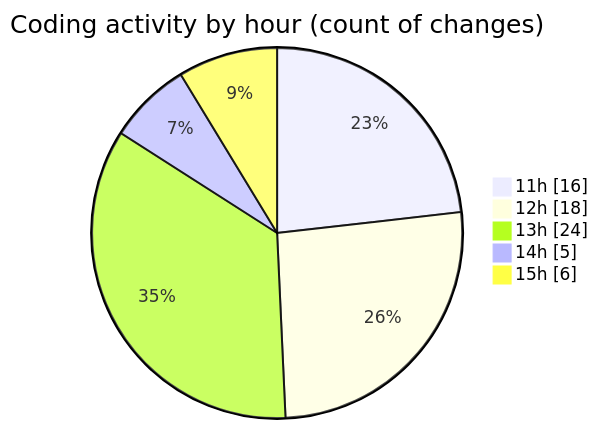
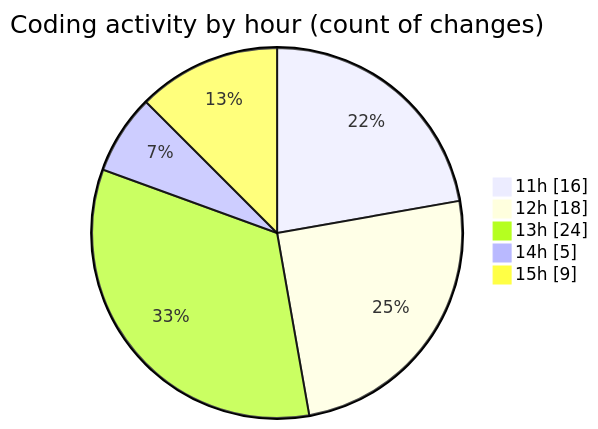
One commit to nxtqubesakshisongat/code-tracking changed the second of 2 diagrams in 2025-10-01/nxtqube_webapp/README.md. Above: the diagram before and after it, drawn with Mermaid. The commit also changed other lines of this file and 1 other file, not shown here.

````diff
--- a/2025-10-01/nxtqube_webapp/README.md
+++ b/2025-10-01/nxtqube_webapp/README.md
@@ -32,9 +32,9 @@
 ```mermaid
 pie showData
 title Coding activity by hour (count of changes)
 "11h" : 16
 "12h" : 18
 "13h" : 24
 "14h" : 5
-"15h" : 6
+"15h" : 9
 ```
````
